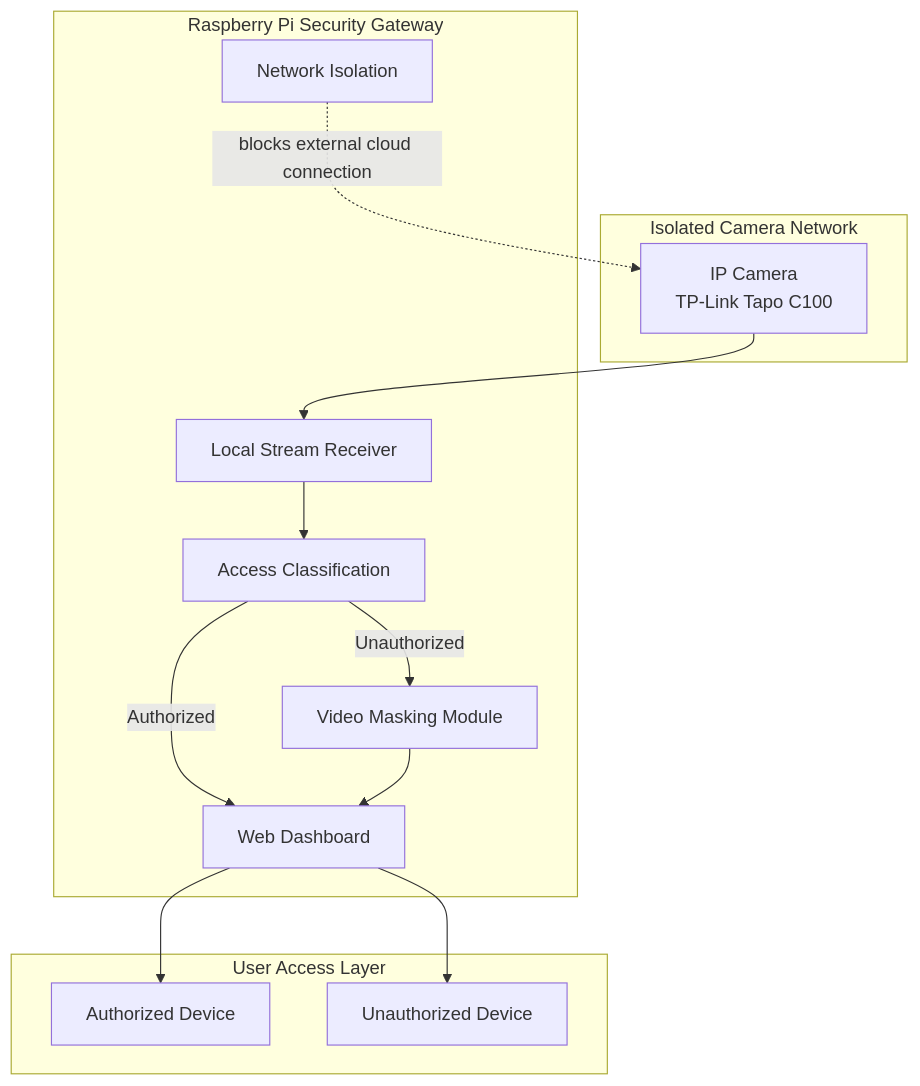
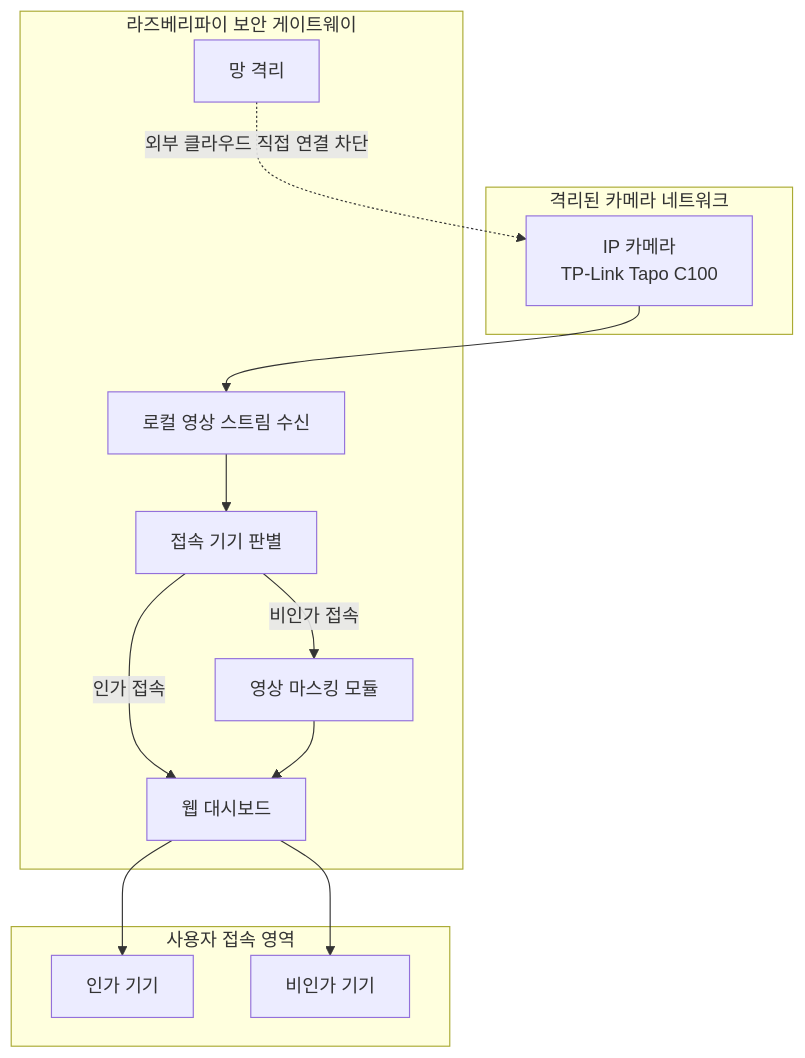
Before and after one commit to Marble2468/ip-camera-hub: the second of 5 diagrams in README.md, drawn with Mermaid. The commit also changed other lines of this file, not shown here.

````diff
--- a/README.md
+++ b/README.md
@@ -58,29 +58,29 @@
 ```mermaid
 flowchart TB
-    subgraph Camera_Network[Isolated Camera Network]
-        A[IP Camera<br/>TP-Link Tapo C100]
+    subgraph Camera_Network[격리된 카메라 네트워크]
+        A[IP 카메라<br/>TP-Link Tapo C100]
     end
 
-    subgraph Gateway[Raspberry Pi Security Gateway]
-        B[Network Isolation]
-        C[Local Stream Receiver]
-        D[Access Classification]
-        E[Video Masking Module]
-        F[Web Dashboard]
+    subgraph Gateway[라즈베리파이 보안 게이트웨이]
+        B[망 격리]
+        C[로컬 영상 스트림 수신]
+        D[접속 기기 판별]
+        E[영상 마스킹 모듈]
+        F[웹 대시보드]
     end
 
-    subgraph User_Access[User Access Layer]
-        G[Authorized Device]
-        H[Unauthorized Device]
+    subgraph User_Access[사용자 접속 영역]
+        G[인가 기기]
+        H[비인가 기기]
     end
 
     A --> C
     C --> D
-    D -->|Authorized| F
-    D -->|Unauthorized| E
+    D -->|인가 접속| F
+    D -->|비인가 접속| E
     E --> F
     F --> G
     F --> H
 
-    B -.blocks external cloud connection.-> A
+    B -.외부 클라우드 직접 연결 차단.-> A
 ```
````
